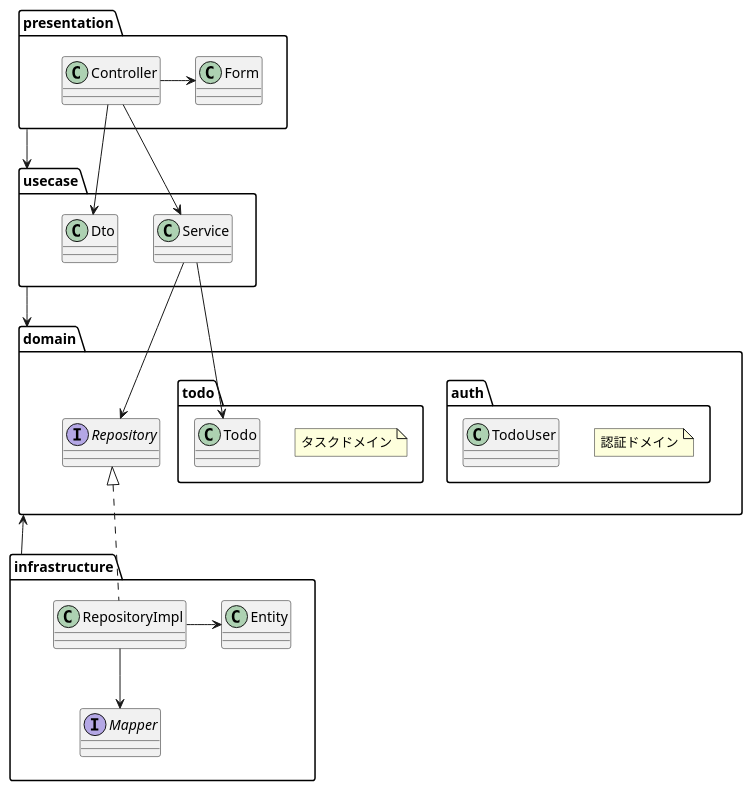
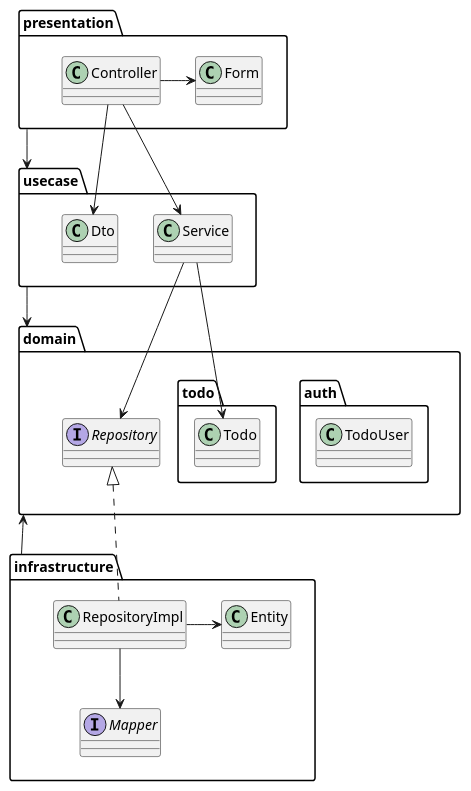
The diagram in architecture.puml (daisuzz/sample-todo), drawn with PlantUML before and after one commit. The commit also changed 1 other file, not shown here.

Commit message:
update architecture

```diff
--- a/architecture.puml
+++ b/architecture.puml
@@ -1,44 +1,42 @@
 @startuml
 package presentation{
     class Controller
     class Form
 }
 
 package usecase{
     class Service
     class Dto
 }
 
 package domain {
     package auth {
-        note "認証ドメイン" as auth
         class TodoUser
     }
     package todo {
-        note "タスクドメイン" as todo
         class Todo
     }
     interface Repository
 }
 
 package infrastructure{
     class RepositoryImpl
     interface Mapper
     class Entity
 }
 
 presentation --> usecase
 usecase --> domain
 domain <-- infrastructure
 
 Controller -> Form
 Controller --> Service
 Controller --> Dto
 Service --> Todo
 Service --> Repository
 Repository <|.. RepositoryImpl
 RepositoryImpl --> Mapper
 RepositoryImpl -> Entity
 
 
 @enduml
```
